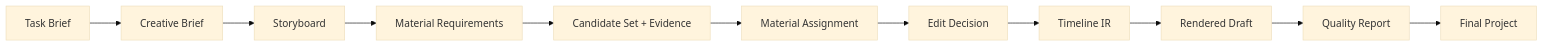
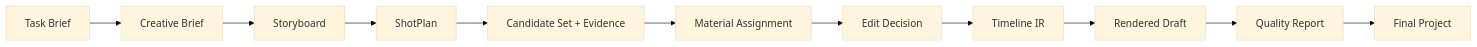
The second of 4 diagrams in 03_VideoDomain架构设计.md (human-cosmos/search-rec-docs), drawn with Mermaid (base theme) before and after one commit. The commit also changed other lines of this file and 9 other files, not shown here.

````diff
--- a/03_VideoDomain架构设计.md
+++ b/03_VideoDomain架构设计.md
@@ -155,13 +155,13 @@
 ```mermaid
 flowchart LR
   A[Task Brief] --> B[Creative Brief]
   B --> C[Storyboard]
-  C --> D[Material Requirements]
+  C --> D[ShotPlan]
   D --> E[Candidate Set + Evidence]
   E --> F[Material Assignment]
   F --> G[Edit Decision]
   G --> H[Timeline IR]
   H --> I[Rendered Draft]
   I --> J[Quality Report]
   J --> K[Final Project]
 ```
````
